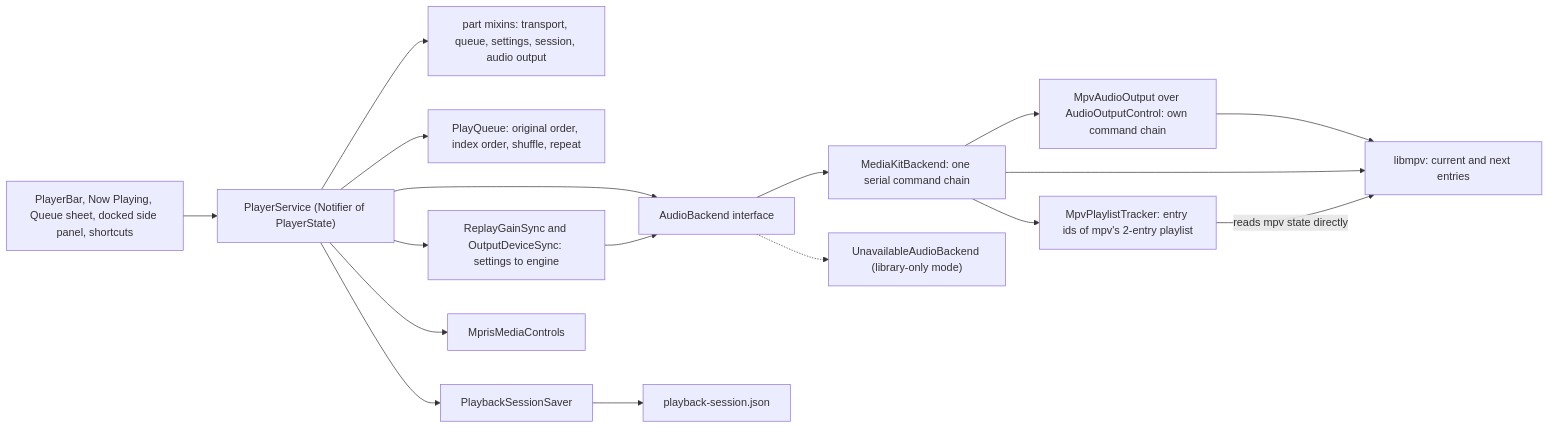
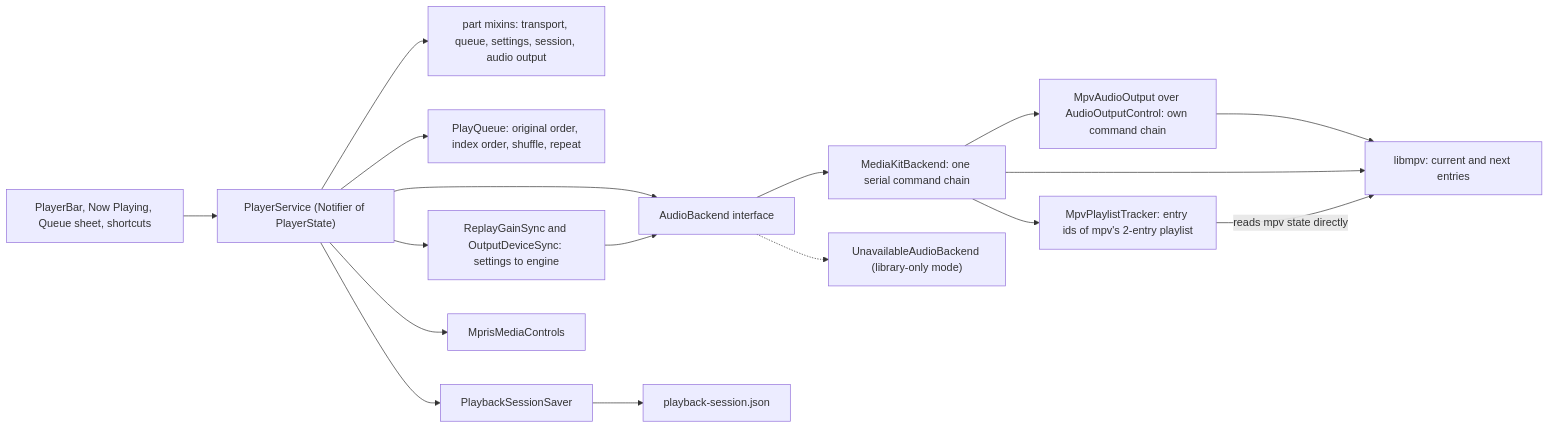
One commit to kanaru313/kanaru changed the fourth of 8 diagrams in docs/system-architecture.md. Above: the diagram before and after it, drawn with Mermaid. The commit also changed other lines of this file and 55 other files, not shown here.

First line of the commit message:
revert: roll back the queue redesign and docked side panel

````diff
--- a/docs/system-architecture.md
+++ b/docs/system-architecture.md
@@ -238,19 +238,19 @@
 ```mermaid
 flowchart LR
-    UI["PlayerBar, Now Playing, Queue sheet, docked side panel, shortcuts"] --> PS["PlayerService (Notifier of PlayerState)"]
+    UI["PlayerBar, Now Playing, Queue sheet, shortcuts"] --> PS["PlayerService (Notifier of PlayerState)"]
     PS --> Parts["part mixins: transport, queue, settings, session, audio output"]
     PS --> PQ["PlayQueue: original order, index order, shuffle, repeat"]
     PS --> AB["AudioBackend interface"]
     PS --> Sync["ReplayGainSync and OutputDeviceSync: settings to engine"]
     Sync --> AB
     PS --> Sess["PlaybackSessionSaver"]
     AB --> MKB["MediaKitBackend: one serial command chain"]
     AB -.-> UAB["UnavailableAudioBackend (library-only mode)"]
     MKB --> Track["MpvPlaylistTracker: entry ids of mpv's 2-entry playlist"]
     MKB --> AO["MpvAudioOutput over AudioOutputControl: own command chain"]
     AO --> Mpv
     MKB --> Mpv["libmpv: current and next entries"]
     Track -- "reads mpv state directly" --> Mpv
     Sess --> File["playback-session.json"]
     PS --> MC["MprisMediaControls"]
 ```
````
